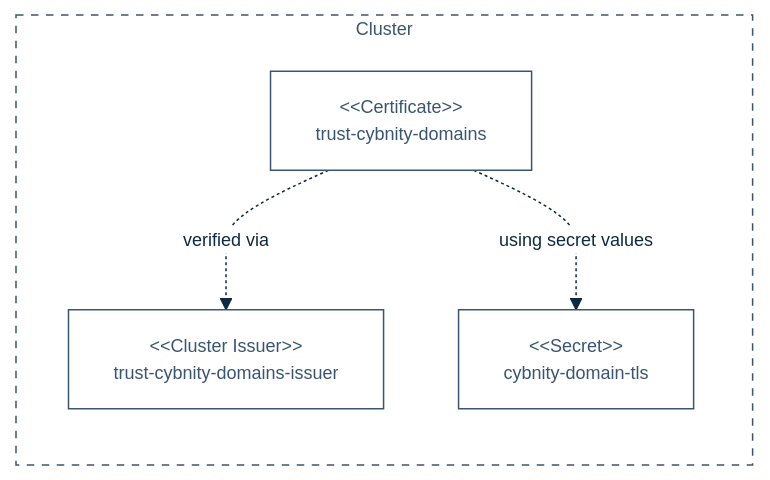
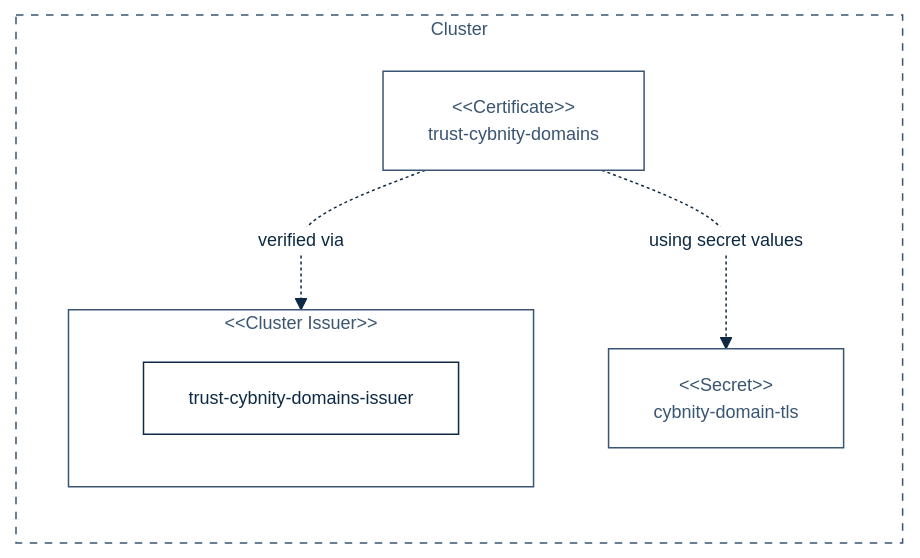
The diagram in implementations-line/systems/technical-infrastructure/CYDEL01-cybsup01.md (cybnity/foundation), drawn with Mermaid before and after one commit.

````diff
--- a/implementations-line/systems/technical-infrastructure/CYDEL01-cybsup01.md
+++ b/implementations-line/systems/technical-infrastructure/CYDEL01-cybsup01.md
@@ -419,51 +419,53 @@
       ```mermaid
       %%{
         init: {
           'theme': 'base',
           'themeVariables': {
               'background': '#ffffff',
               'fontFamily': 'arial',
               'fontSize': '12px',
               'primaryColor': '#fff',
               'primaryTextColor': '#0e2a43',
               'primaryBorderColor': '#0e2a43',
               'secondaryColor': '#fff',
               'secondaryTextColor': '#fff',
               'secondaryBorderColor': '#fff',
               'tertiaryColor': '#fff',
               'tertiaryTextColor': '#fff',
               'tertiaryBorderColor': '#fff',
               'lineColor': '#0e2a43',
               'titleColor': '#fff',
               'textColor': '#fff',
               'lineColor': '#0e2a43',
               'nodeTextColor': '#fff',
               'nodeBorder': '#0e2a43',
               'noteTextColor': '#fff',
               'noteBorderColor': '#fff'
           },
           'flowchart': { 'curve': 'monotoneY' }
         }
       }%%
       graph LR
         subgraph cluster["Cluster"]
-          clusterIssuer1["#60;#60;Cluster Issuer#62;#62; \n trust-cybnity-domains-issuer "]
+          subgraph clusterIssuer1["#60;#60;Cluster Issuer#62;#62;"]
+            issuer1["trust-cybnity-domains-issuer"]
+          end
           certificate1["#60;#60;Certificate#62;#62; \n trust-cybnity-domains "]
           secret1["#60;#60;Secret#62;#62;#10; \n cybnity-domain-tls "]
         end
 
         certificate1 -. "verified via" .-> clusterIssuer1
         certificate1 -. "using secret values" .-> secret1
 
         classDef mediumfill fill:#3a5572, stroke:#3a5572, color:#fff
 
         classDef red fill:#e5302a, stroke:#e5302a, color:#fff, stroke-width:3px
         classDef medium fill:#fff, stroke:#3a5572, color:#3a5572
         classDef mediumdot fill:#fff, stroke:#3a5572, color:#3a5572, stroke-dasharray: 5 5
         classDef reddot fill:#fff, stroke:#e5302a, color:#e5302a, stroke-dasharray: 5 5, stroke-width:3px
         classDef dark fill:#0e2a43, stroke:#fff, color:#fff
         classDef internalconfig fill:#0e2a43, stroke:#fff, color:#fff
 
         class clusterIssuer1,certificate1,secret1 medium;
         class cluster mediumdot;
       ```
````
